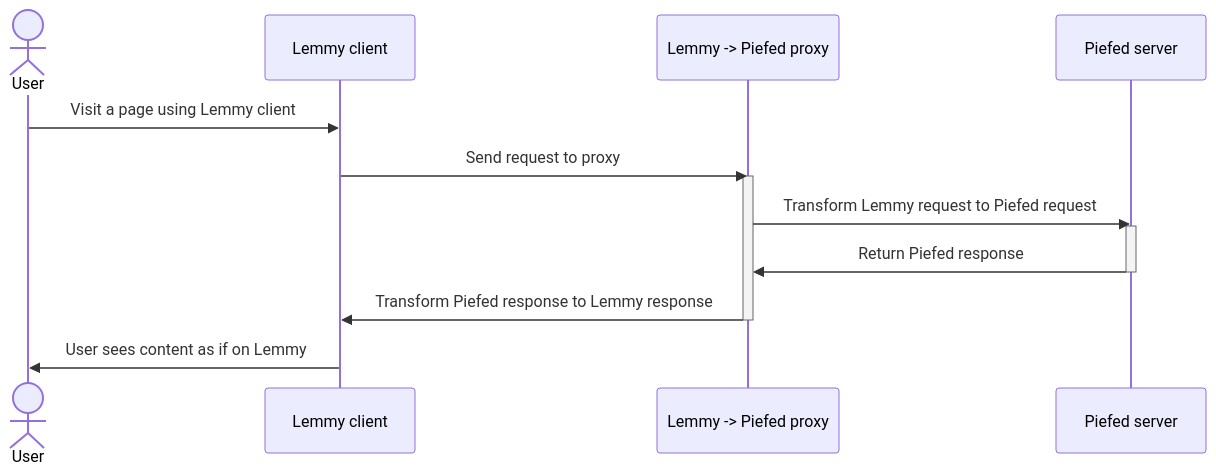
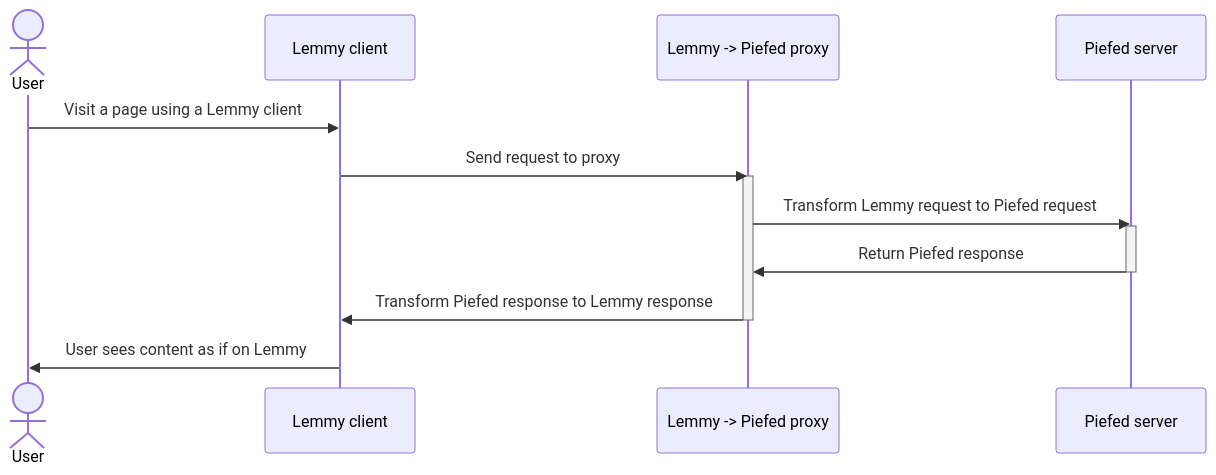
Before and after one commit to DaDosDude/LemmyPiefedProxy: the diagram in README.md, drawn with Mermaid. The commit also changed other lines of this file, not shown here.

````diff
--- a/README.md
+++ b/README.md
@@ -22,18 +18,18 @@
 ```mermaid
 sequenceDiagram
     actor User
     participant Client as Lemmy client
     participant Proxy as Lemmy -> Piefed proxy
     participant Piefed as Piefed server
-    
-    User->>Client: Visit a page using Lemmy client
+
+    User->>Client: Visit a page using a Lemmy client
     Client->>Proxy: Send request to proxy
     activate Proxy
     Proxy->>Piefed: Transform Lemmy request to Piefed request
     activate Piefed
     Piefed->>Proxy: Return Piefed response
     deactivate Piefed
     Proxy->>Client: Transform Piefed response to Lemmy response
     deactivate Proxy
     Client->>User: User sees content as if on Lemmy
 ```
````
